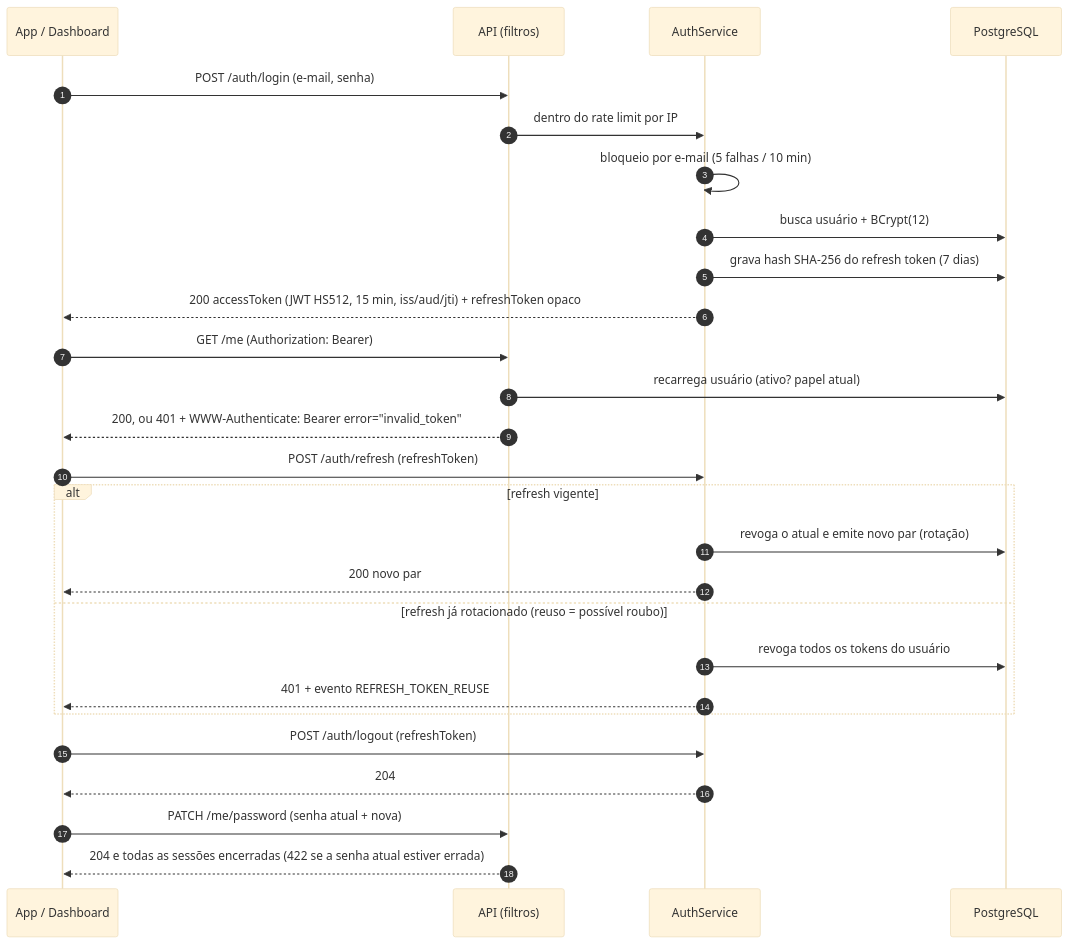
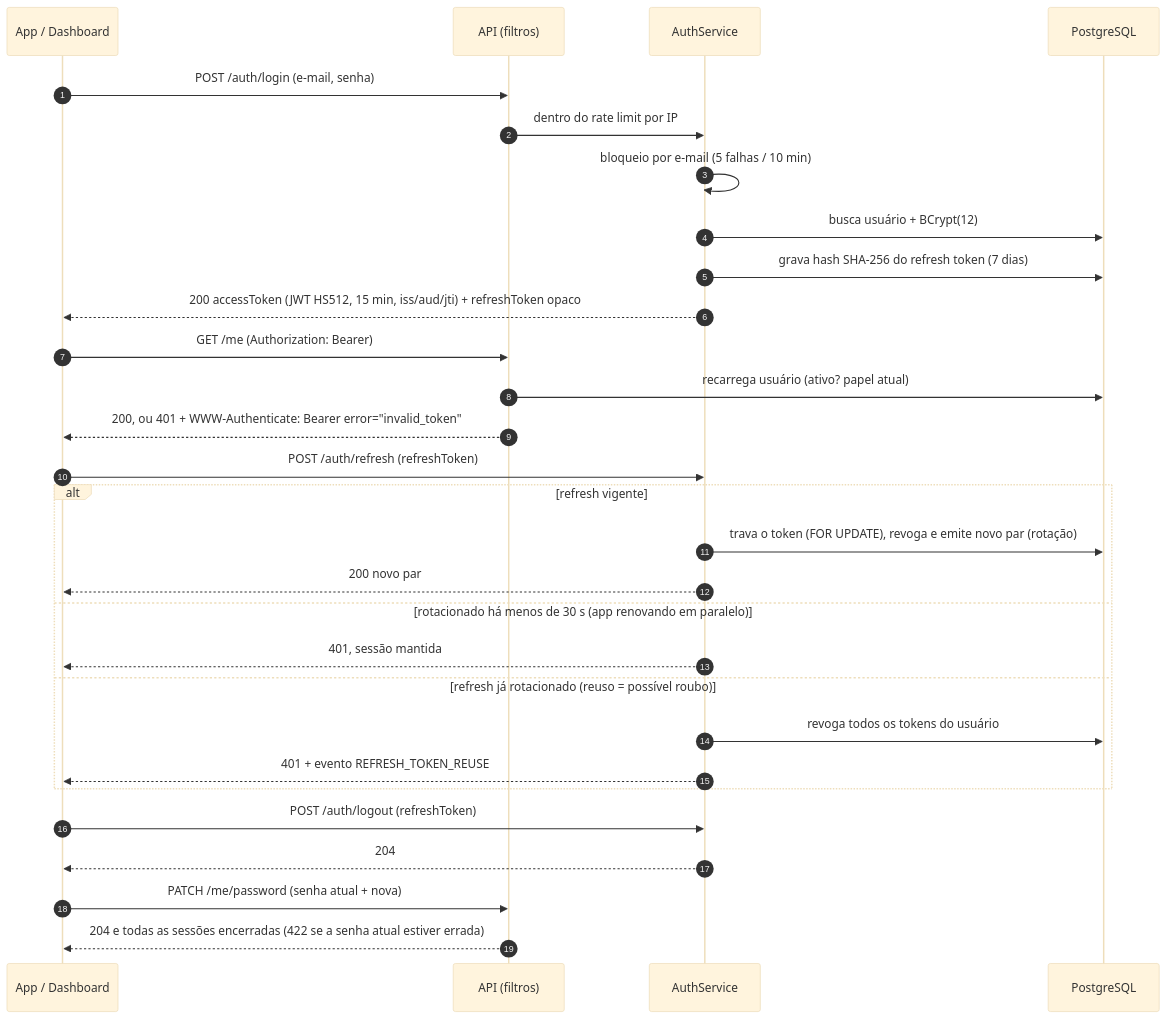
The third of 3 diagrams in docs/arquitetura.md (luyz-gusta/vinshare-api-app), drawn with Mermaid (base theme) before and after one commit. The commit also changed other lines of this file and 23 other files, not shown here.

````diff
--- a/docs/arquitetura.md
+++ b/docs/arquitetura.md
@@ -80,29 +80,31 @@
 ```mermaid
 sequenceDiagram
     autonumber
     participant App as App / Dashboard
     participant API as API (filtros)
     participant Auth as AuthService
     participant DB as PostgreSQL
     App->>API: POST /auth/login (e-mail, senha)
     API->>Auth: dentro do rate limit por IP
     Auth->>Auth: bloqueio por e-mail (5 falhas / 10 min)
     Auth->>DB: busca usuário + BCrypt(12)
     Auth->>DB: grava hash SHA-256 do refresh token (7 dias)
     Auth-->>App: 200 accessToken (JWT HS512, 15 min, iss/aud/jti) + refreshToken opaco
     App->>API: GET /me (Authorization: Bearer)
     API->>DB: recarrega usuário (ativo? papel atual)
     API-->>App: 200, ou 401 + WWW-Authenticate: Bearer error="invalid_token"
     App->>Auth: POST /auth/refresh (refreshToken)
     alt refresh vigente
-        Auth->>DB: revoga o atual e emite novo par (rotação)
+        Auth->>DB: trava o token (FOR UPDATE), revoga e emite novo par (rotação)
         Auth-->>App: 200 novo par
+    else rotacionado há menos de 30 s (app renovando em paralelo)
+        Auth-->>App: 401, sessão mantida
     else refresh já rotacionado (reuso = possível roubo)
         Auth->>DB: revoga todos os tokens do usuário
         Auth-->>App: 401 + evento REFRESH_TOKEN_REUSE
     end
     App->>Auth: POST /auth/logout (refreshToken)
     Auth-->>App: 204
     App->>API: PATCH /me/password (senha atual + nova)
     API-->>App: 204 e todas as sessões encerradas (422 se a senha atual estiver errada)
 ```
````
